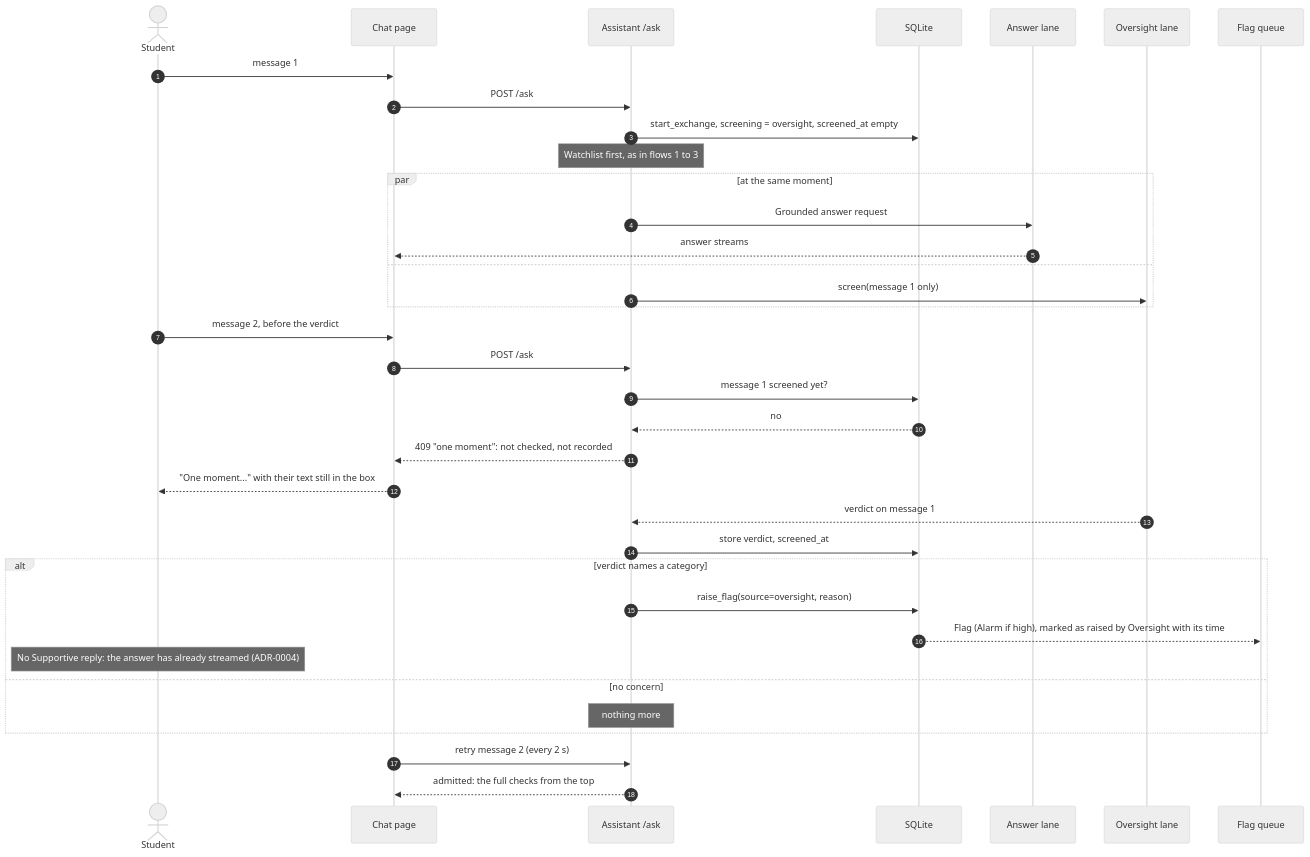
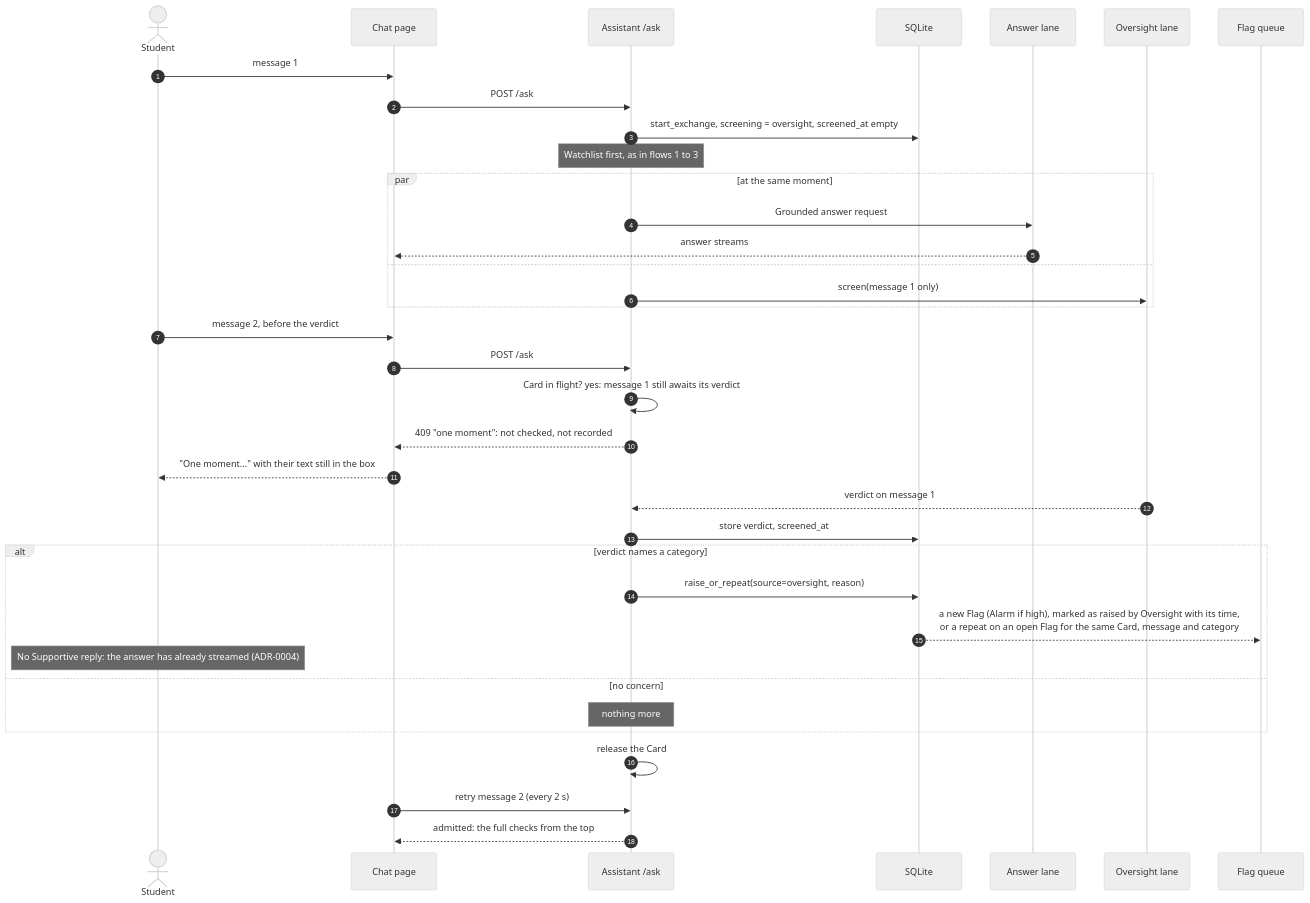
Before and after one commit to imkarrer/library-ai-lab: the fifth of 7 diagrams in docs/design/student-message-flow.md, drawn with Mermaid (neutral theme). The commit also changed other lines of this file, not shown here.

First line of the commit message:
docs/design: record decisions on in-flight, repeats, screening Supportive replies

````diff
--- a/docs/design/student-message-flow.md
+++ b/docs/design/student-message-flow.md
@@ -154,39 +166,39 @@
 ```mermaid
 sequenceDiagram
     autonumber
     actor S as Student
     participant P as Chat page
     participant A as Assistant /ask
     participant DB as SQLite
     participant AL as Answer lane
     participant OL as Oversight lane
     participant FQ as Flag queue
 
     S->>P: message 1
     P->>A: POST /ask
     A->>DB: start_exchange, screening = oversight, screened_at empty
     Note over A: Watchlist first, as in flows 1 to 3
     par at the same moment
         A->>AL: Grounded answer request
         AL-->>P: answer streams
     and
         A->>OL: screen(message 1 only)
     end
     S->>P: message 2, before the verdict
     P->>A: POST /ask
-    A->>DB: message 1 screened yet?
-    DB-->>A: no
+    A->>A: Card in flight? yes: message 1 still awaits its verdict
     A-->>P: 409 "one moment": not checked, not recorded
     P-->>S: "One moment..." with their text still in the box
     OL-->>A: verdict on message 1
     A->>DB: store verdict, screened_at
     alt verdict names a category
-        A->>DB: raise_flag(source=oversight, reason)
-        DB-->>FQ: Flag (Alarm if high), marked as raised by Oversight with its time
+        A->>DB: raise_or_repeat(source=oversight, reason)
+        DB-->>FQ: a new Flag (Alarm if high), marked as raised by Oversight with its time,<br/>or a repeat on an open Flag for the same Card, message and category
         Note over S: No Supportive reply: the answer has already streamed (ADR-0004)
     else no concern
         Note over A: nothing more
     end
+    A->>A: release the Card
     P->>A: retry message 2 (every 2 s)
     A-->>P: admitted: the full checks from the top
 ```
````
